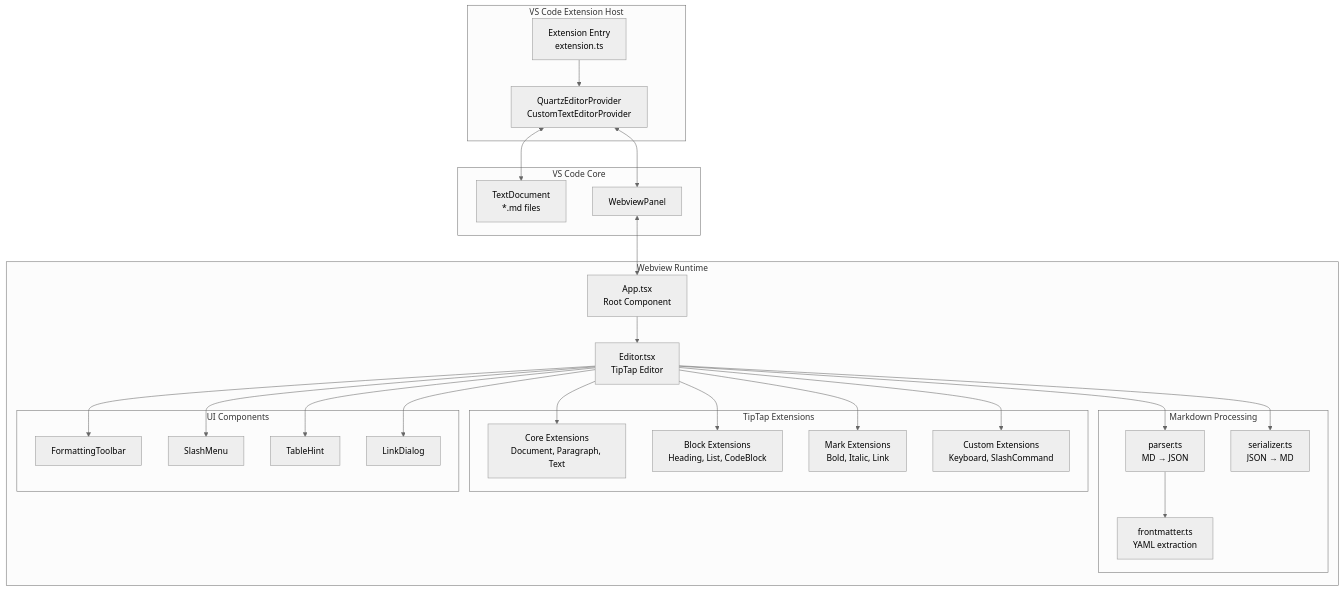
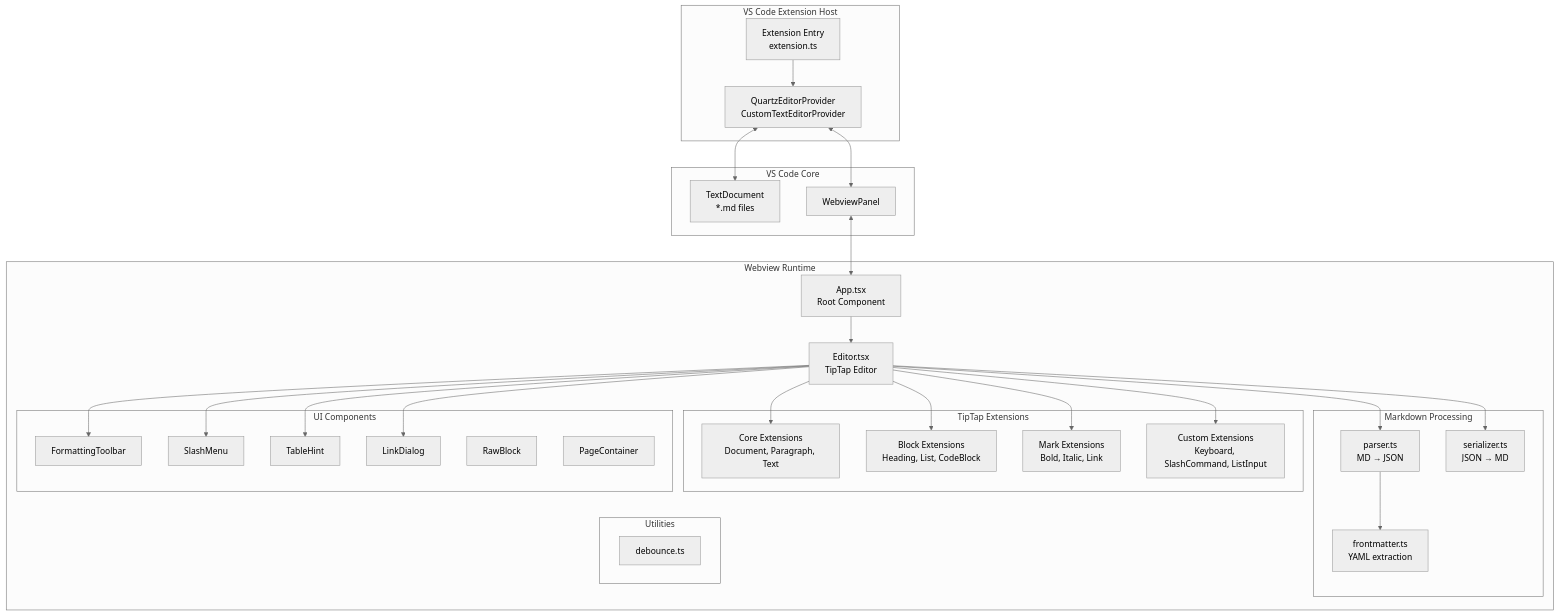
The first of 9 diagrams in projectManager/design-docs/quartz-system-architecture.md (Mathuran/quartz), drawn with Mermaid (neutral theme) before and after one commit. The commit also changed other lines of this file and 25 other files, not shown here.

````diff
--- a/projectManager/design-docs/quartz-system-architecture.md
+++ b/projectManager/design-docs/quartz-system-architecture.md
@@ -39,54 +39,60 @@
 ```mermaid
 graph TB
     subgraph "VS Code Extension Host"
         EXT[Extension Entry<br/>extension.ts]
         QEP[QuartzEditorProvider<br/>CustomTextEditorProvider]
     end
 
     subgraph "VS Code Core"
         DOC[TextDocument<br/>*.md files]
         WP[WebviewPanel]
     end
 
     subgraph "Webview Runtime"
         APP[App.tsx<br/>Root Component]
         ED[Editor.tsx<br/>TipTap Editor]
 
         subgraph "Markdown Processing"
             PARSER[parser.ts<br/>MD → JSON]
             SERIAL[serializer.ts<br/>JSON → MD]
             FM[frontmatter.ts<br/>YAML extraction]
         end
 
         subgraph "TipTap Extensions"
             CORE[Core Extensions<br/>Document, Paragraph, Text]
             BLOCKS[Block Extensions<br/>Heading, List, CodeBlock]
             MARKS[Mark Extensions<br/>Bold, Italic, Link]
-            CUSTOM[Custom Extensions<br/>Keyboard, SlashCommand]
+            CUSTOM[Custom Extensions<br/>Keyboard, SlashCommand, ListInput]
         end
 
         subgraph "UI Components"
             TB[FormattingToolbar]
             SM[SlashMenu]
             TH[TableHint]
             LD[LinkDialog]
+            RB[RawBlock]
+            PC[PageContainer]
+        end
+
+        subgraph "Utilities"
+            DB[debounce.ts]
         end
     end
 
     EXT --> QEP
     QEP <--> DOC
     QEP <--> WP
     WP <--> APP
     APP --> ED
     ED --> PARSER
     ED --> SERIAL
     PARSER --> FM
     ED --> CORE
     ED --> BLOCKS
     ED --> MARKS
     ED --> CUSTOM
     ED --> TB
     ED --> SM
     ED --> TH
     ED --> LD
 ```
````
